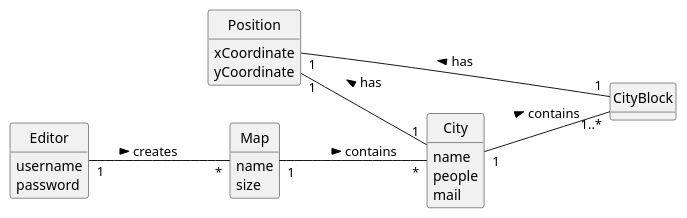
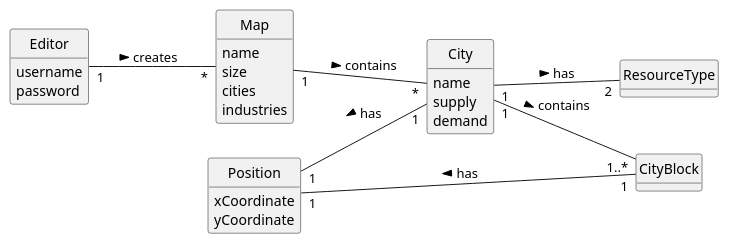
Before and after one commit to 1240935/pi2-railway-simulator: the diagram in Sprint2/US003/02.analysis/puml/US003-DM.puml, drawn with PlantUML. The commit also changed 20 other files, not shown here.

```diff
--- a/Sprint2/US003/02.analysis/puml/US003-DM.puml
+++ b/Sprint2/US003/02.analysis/puml/US003-DM.puml
@@ -1,49 +1,55 @@
 @startuml
 skinparam monochrome true
 skinparam packageStyle rectangle
 skinparam shadowing false
 'skinparam linetype ortho
 'left to right direction
 skinparam classAttributeIconSize 0
 hide circle
 hide methods
 
 hide circle
 hide methods
 
 left to right direction
 
 class Map {
     name
     size
+    cities
+    industries
 }
 
 class City {
     name
-    people
-    mail
+    supply
+    demand
+}
+
+class ResourceType{
 }
 
 class CityBlock{
 }
 
 class Editor {
     username
     password
 }
 
 class Position{
     xCoordinate
     yCoordinate
 }
 
 
 
 Map "1" -- "*" City : contains >
 Editor "1" -- "*" Map : creates >
 City "1" -- "1..*" CityBlock: contains >
 Position "1" -- "1" City: has <
 Position "1" -- "1" CityBlock: has <
+City "1" -- "2" ResourceType: has >
 
 
 @enduml
```
